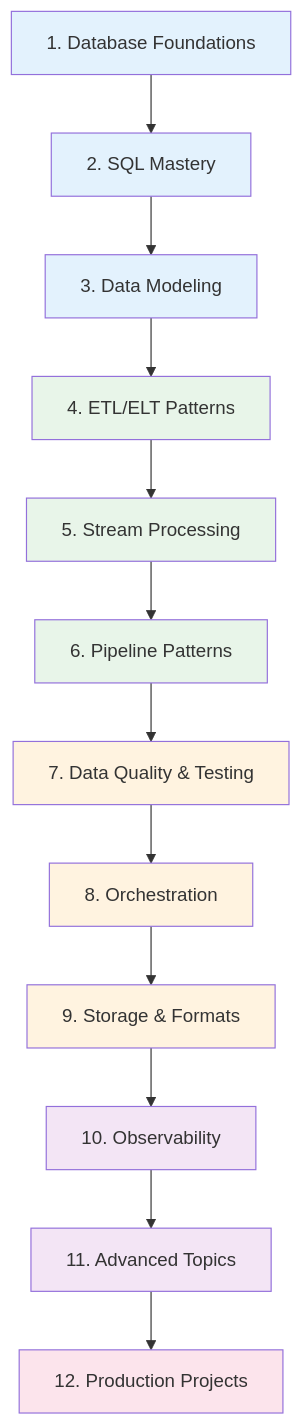
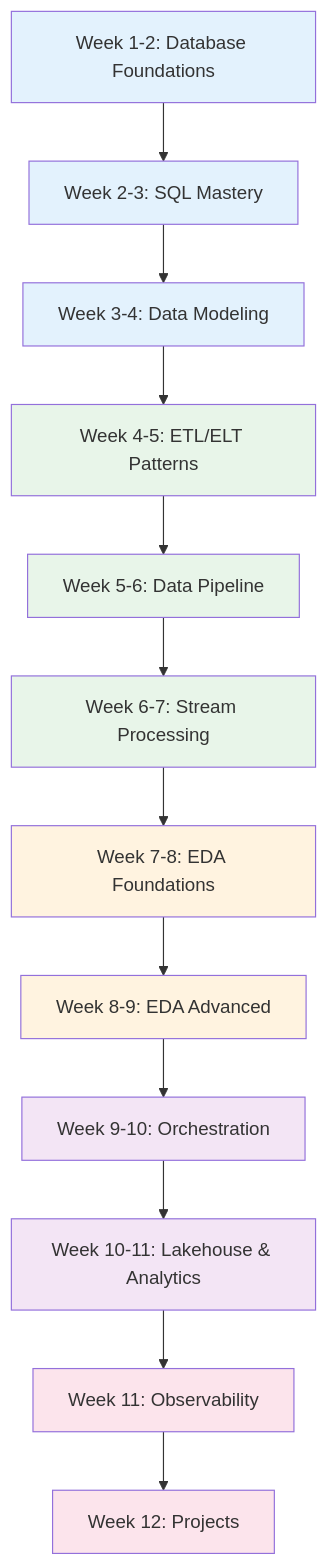
One commit to ayush-jadaun/knowledge-vault changed the diagram in docs/learning-paths/data-engineer.md. Above: the diagram before and after it, drawn with Mermaid. The commit also changed other lines of this file and 143 other files, not shown here.

````diff
--- a/docs/learning-paths/data-engineer.md
+++ b/docs/learning-paths/data-engineer.md
@@ -22,27 +32,27 @@
 ```mermaid
 graph TD
-    S1["1. Database Foundations"] --> S2["2. SQL Mastery"]
-    S2 --> S3["3. Data Modeling"]
-    S3 --> S4["4. ETL/ELT Patterns"]
-    S4 --> S5["5. Stream Processing"]
-    S5 --> S6["6. Pipeline Patterns"]
-    S6 --> S7["7. Data Quality & Testing"]
-    S7 --> S8["8. Orchestration"]
-    S8 --> S9["9. Storage & Formats"]
-    S9 --> S10["10. Observability"]
-    S10 --> S11["11. Advanced Topics"]
-    S11 --> S12["12. Production Projects"]
+    S1["Week 1-2: Database Foundations"] --> S2["Week 2-3: SQL Mastery"]
+    S2 --> S3["Week 3-4: Data Modeling"]
+    S3 --> S4["Week 4-5: ETL/ELT Patterns"]
+    S4 --> S5["Week 5-6: Data Pipeline"]
+    S5 --> S6["Week 6-7: Stream Processing"]
+    S6 --> S7["Week 7-8: EDA Foundations"]
+    S7 --> S8["Week 8-9: EDA Advanced"]
+    S8 --> S9["Week 9-10: Orchestration"]
+    S9 --> S10["Week 10-11: Lakehouse & Analytics"]
+    S10 --> S11["Week 11: Observability"]
+    S11 --> S12["Week 12: Projects"]
 
     style S1 fill:#e3f2fd
     style S2 fill:#e3f2fd
     style S3 fill:#e3f2fd
     style S4 fill:#e8f5e9
     style S5 fill:#e8f5e9
     style S6 fill:#e8f5e9
     style S7 fill:#fff3e0
     style S8 fill:#fff3e0
-    style S9 fill:#fff3e0
+    style S9 fill:#f3e5f5
     style S10 fill:#f3e5f5
-    style S11 fill:#f3e5f5
+    style S11 fill:#fce4ec
     style S12 fill:#fce4ec
 ```
````
